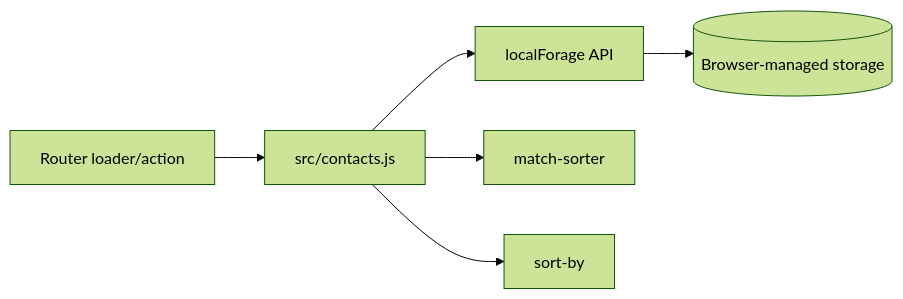
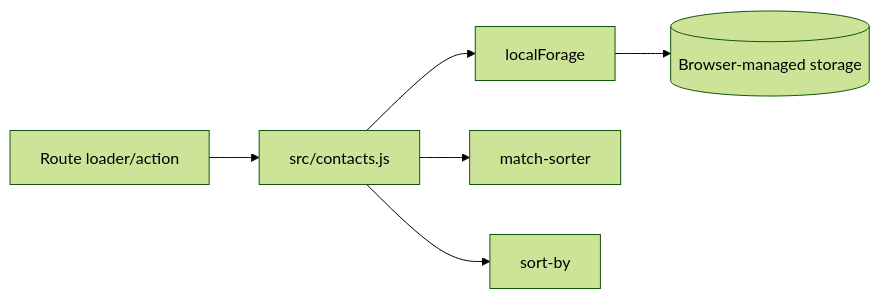
One commit to Brajesh31/Contact-Display changed the diagram in docs/architecture/data-architecture.md. Above: the diagram before and after it, drawn with Mermaid (forest theme). The commit also changed other lines of this file, not shown here.

````diff
--- a/docs/architecture/data-architecture.md
+++ b/docs/architecture/data-architecture.md
@@ -7,8 +5,8 @@
 ```mermaid
 flowchart LR
-    Route[Router loader/action] --> Helper[src/contacts.js]
-    Helper --> LF[localForage API]
+    Router[Route loader/action] --> Helper[src/contacts.js]
+    Helper --> LF[localForage]
     LF --> Browser[(Browser-managed storage)]
-    Helper --> Search[match-sorter]
+    Helper --> Match[match-sorter]
     Helper --> Sort[sort-by]
 ```
````
